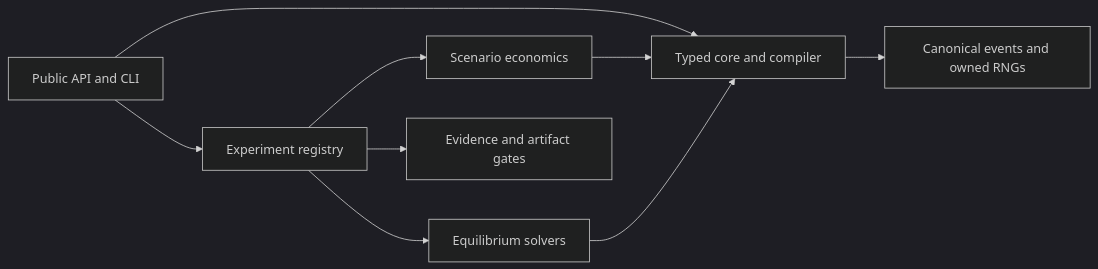
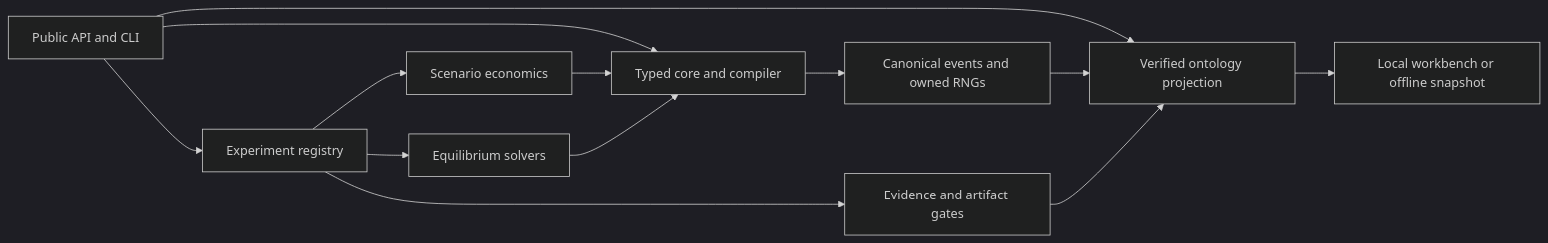
Before and after one commit to ReverseZoom2151/economic-world-model: the diagram in README.md, drawn with Mermaid (dark theme). The commit also changed other lines of this file and 12 other files, not shown here.

Commit message:
docs: publish ontology workbench researcher guide

````diff
--- a/README.md
+++ b/README.md
@@ -187,11 +228,15 @@
 ```mermaid
 flowchart LR
     API[Public API and CLI] --> EXP[Experiment registry]
     API --> CORE[Typed core and compiler]
+    API --> ONT[Verified ontology projection]
     EXP --> SCN[Scenario economics]
     EXP --> EQ[Equilibrium solvers]
     EXP --> EVID[Evidence and artifact gates]
     SCN --> CORE
     EQ --> CORE
     CORE --> EVT[Canonical events and owned RNGs]
+    EVT --> ONT
+    EVID --> ONT
+    ONT --> WB[Local workbench or offline snapshot]
 ```
````
